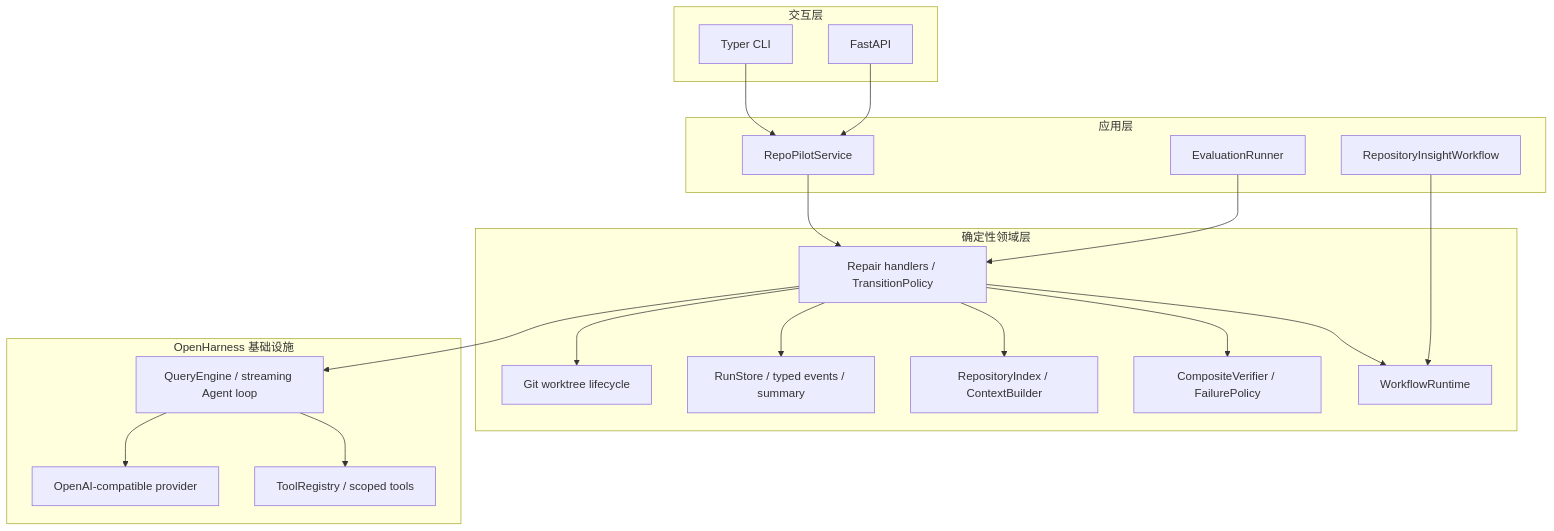
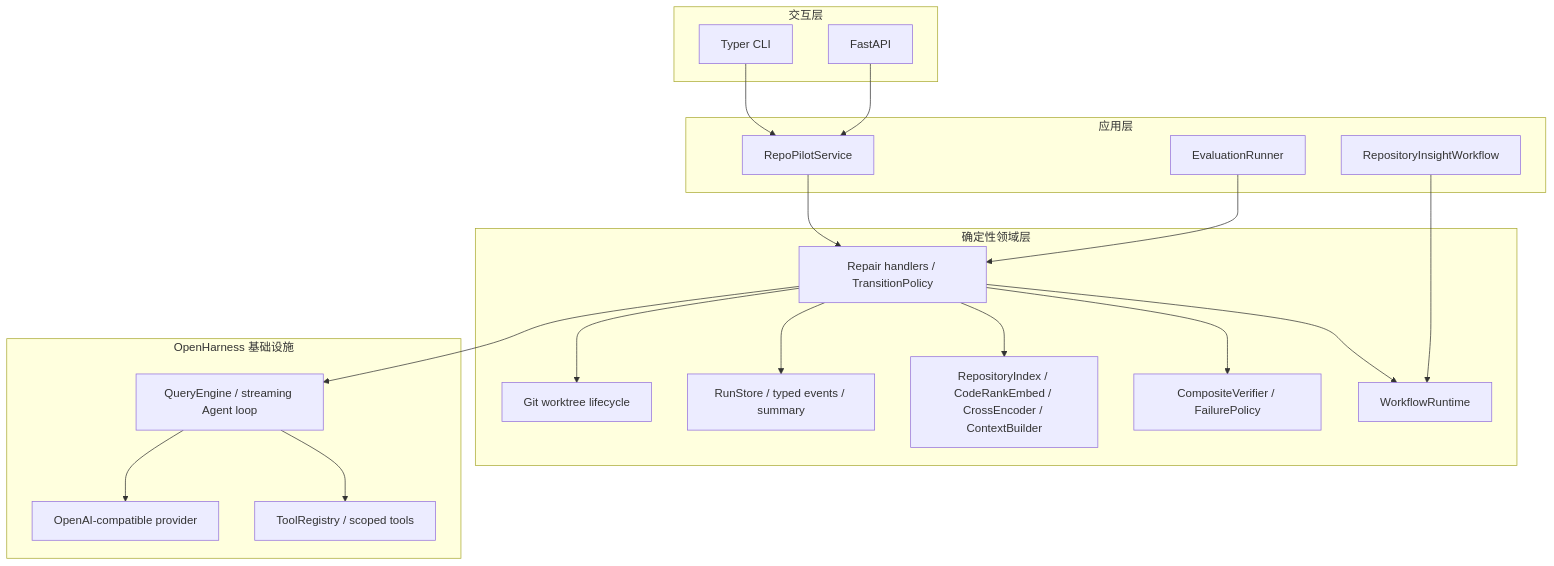
One commit to w2528298635-eng/OpenHarness changed the first of 2 diagrams in docs/repopilot-architecture.md. Above: the diagram before and after it, drawn with Mermaid. The commit also changed other lines of this file and 17 other files, not shown here.

````diff
--- a/docs/repopilot-architecture.md
+++ b/docs/repopilot-architecture.md
@@ -5,39 +5,39 @@
 ```mermaid
 flowchart TB
   subgraph Adapters["交互层"]
     CLI["Typer CLI"]
     API["FastAPI"]
   end
   subgraph Application["应用层"]
     Service["RepoPilotService"]
     Evaluation["EvaluationRunner"]
     Insight["RepositoryInsightWorkflow"]
   end
   subgraph Domain["确定性领域层"]
     Runtime["WorkflowRuntime"]
     Scheduler["Repair handlers / TransitionPolicy"]
     Verify["CompositeVerifier / FailurePolicy"]
-    Context["RepositoryIndex / ContextBuilder"]
+    Context["RepositoryIndex / CodeRankEmbed / CrossEncoder / ContextBuilder"]
     Store["RunStore / typed events / summary"]
     Workspace["Git worktree lifecycle"]
   end
   subgraph Harness["OpenHarness 基础设施"]
     Query["QueryEngine / streaming Agent loop"]
     Tools["ToolRegistry / scoped tools"]
     Provider["OpenAI-compatible provider"]
   end
 
   CLI --> Service
   API --> Service
   Service --> Scheduler
   Evaluation --> Scheduler
   Insight --> Runtime
   Scheduler --> Runtime
   Scheduler --> Verify
   Scheduler --> Context
   Scheduler --> Store
   Scheduler --> Workspace
   Scheduler --> Query
   Query --> Tools
   Query --> Provider
 ```
````
